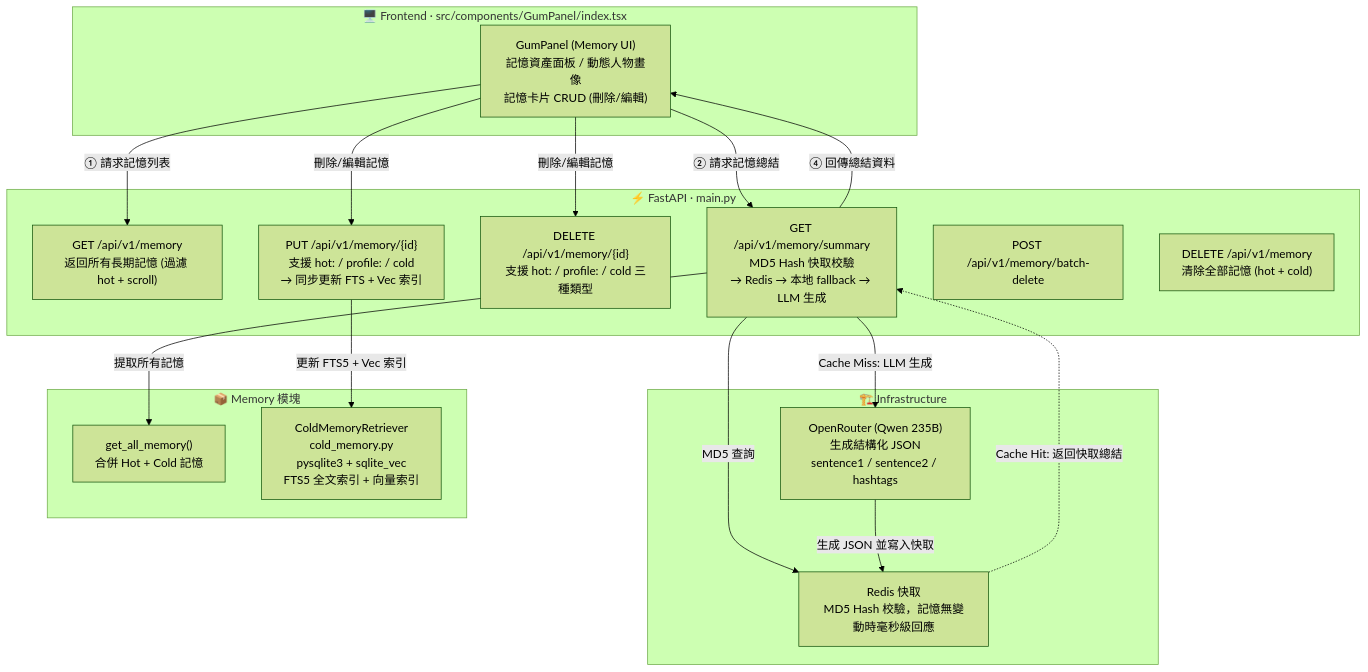
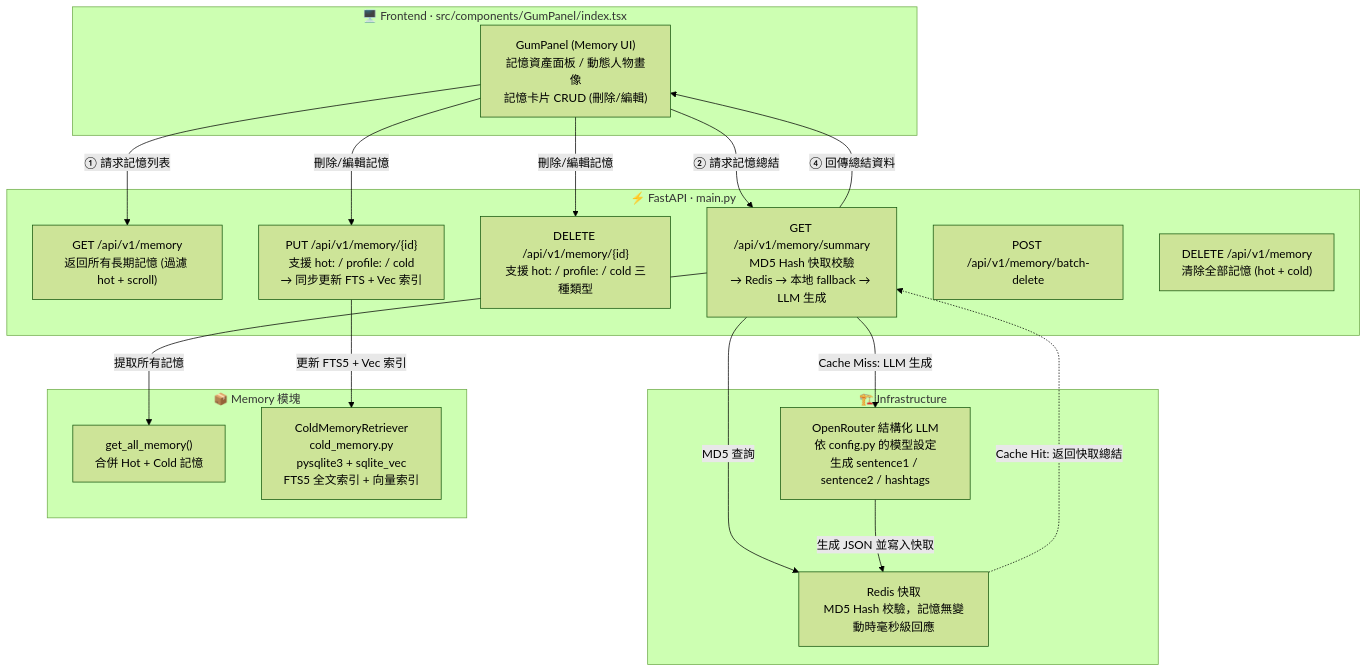
The fourth of 4 diagrams in README.md (CongJie-Pan/AREQA), drawn with Mermaid (forest theme) before and after one commit. The commit also changed other lines of this file and 1 other file, not shown here.

````diff
--- a/README.md
+++ b/README.md
@@ -319,37 +316,37 @@
 ```mermaid
 flowchart TD
     subgraph FE_D ["🖥️ Frontend · src/components/GumPanel/index.tsx"]
         UI_Gum["GumPanel (Memory UI)\n記憶資產面板 / 動態人物畫像\n記憶卡片 CRUD (刪除/編輯)"]
     end
 
     subgraph API_D ["⚡ FastAPI · main.py"]
         MemoryAPI["GET /api/v1/memory\n返回所有長期記憶 (過濾 hot + scroll)"]
         SummaryAPI["GET /api/v1/memory/summary\nMD5 Hash 快取校驗\n→ Redis → 本地 fallback → LLM 生成"]
         DeleteAPI["DELETE /api/v1/memory/{id}\n支援 hot: / profile: / cold 三種類型"]
         EditAPI["PUT /api/v1/memory/{id}\n支援 hot: / profile: / cold\n→ 同步更新 FTS + Vec 索引"]
         BatchDelete["POST /api/v1/memory/batch-delete"]
         ClearAPI["DELETE /api/v1/memory\n清除全部記憶 (hot + cold)"]
     end
 
     subgraph INFRA_D ["🏗️ Infrastructure"]
         RedisCache_D["Redis 快取\nMD5 Hash 校驗，記憶無變動時毫秒級回應"]
-        LLM_Qwen["OpenRouter (Qwen 235B)\n生成結構化 JSON\nsentence1 / sentence2 / hashtags"]
+        LLM_Qwen["OpenRouter 結構化 LLM\n依 config.py 的模型設定\n生成 sentence1 / sentence2 / hashtags"]
     end
 
     subgraph MEM_D ["📦 Memory 模塊"]
         AllMem["get_all_memory()\n合併 Hot + Cold 記憶"]
         ColdMem_D["ColdMemoryRetriever\ncold_memory.py\npysqlite3 + sqlite_vec\nFTS5 全文索引 + 向量索引"]
     end
 
     UI_Gum -->|"① 請求記憶列表"| MemoryAPI
     UI_Gum -->|"② 請求記憶總結"| SummaryAPI
     SummaryAPI -->|"提取所有記憶"| AllMem
     SummaryAPI -->|"MD5 查詢"| RedisCache_D
     RedisCache_D -.->|"Cache Hit: 返回快取總結"| SummaryAPI
     SummaryAPI -->|"Cache Miss: LLM 生成"| LLM_Qwen
     LLM_Qwen -->|"生成 JSON 並寫入快取"| RedisCache_D
     SummaryAPI -->|"④ 回傳總結資料"| UI_Gum
     UI_Gum -->|"刪除/編輯記憶"| DeleteAPI
     UI_Gum -->|"刪除/編輯記憶"| EditAPI
     EditAPI -->|"更新 FTS5 + Vec 索引"| ColdMem_D
 ```
````
